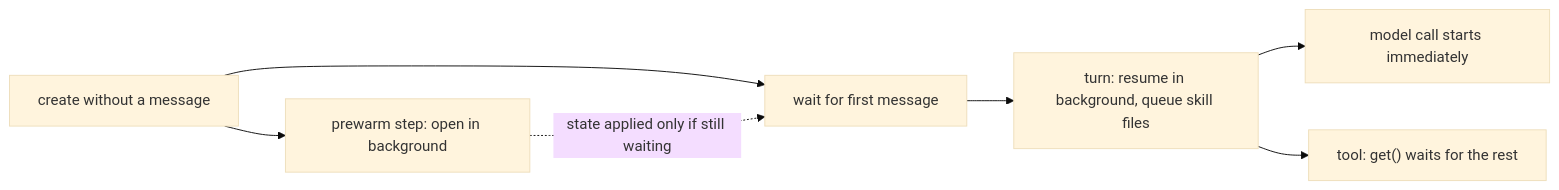
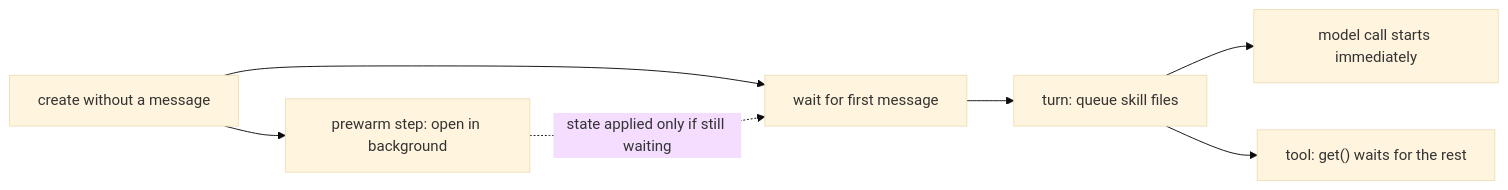
Before and after one commit to vercel/eve: the diagram in research/session-prewarmers.md, drawn with Mermaid (base theme). The commit also changed other lines of this file and 4 other files, not shown here.

````diff
--- a/research/session-prewarmers.md
+++ b/research/session-prewarmers.md
@@ -60,9 +60,9 @@
 ```mermaid
 flowchart LR
   Create["create without a message"] --> Prewarm["prewarm step: open in background"]
   Create --> Wait["wait for first message"]
   Prewarm -. "state applied only if still waiting" .-> Wait
-  Wait --> Turn["turn: resume in background, queue skill files"]
+  Wait --> Turn["turn: queue skill files"]
   Turn --> Model["model call starts immediately"]
   Turn --> Tool["tool: get() waits for the rest"]
 ```
````
